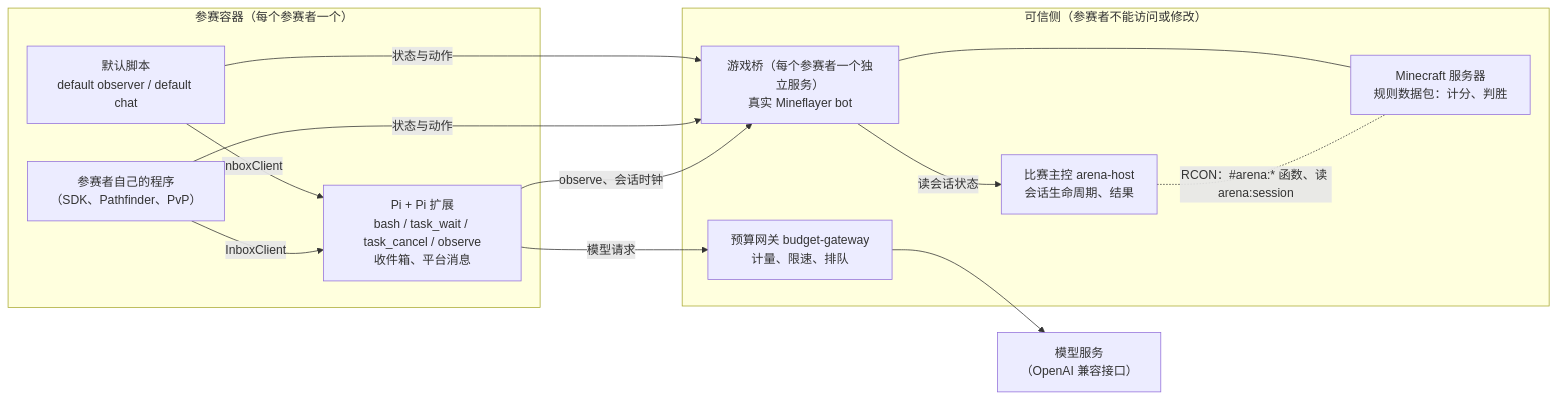
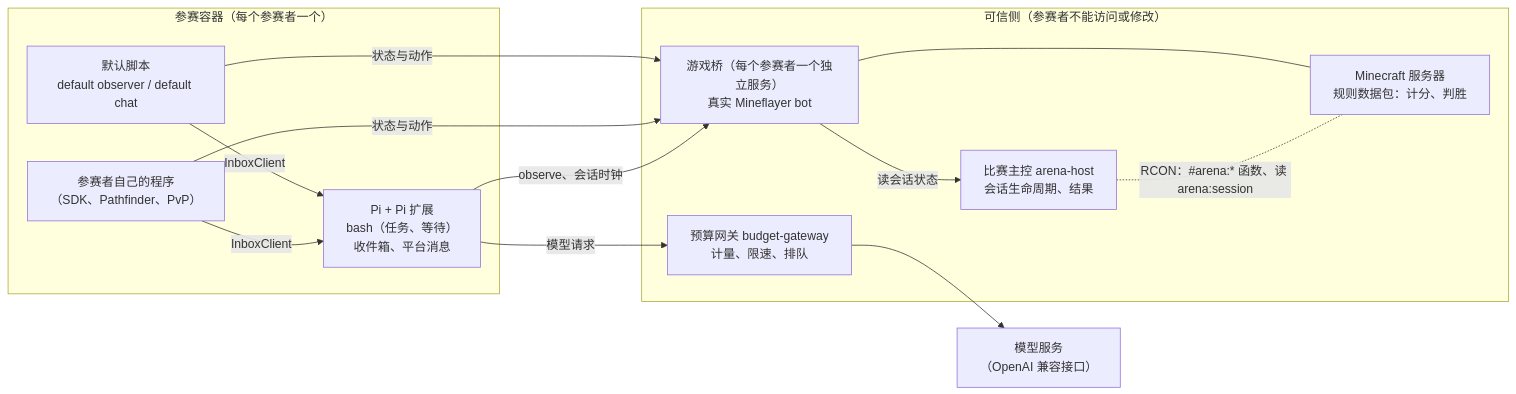
One commit to ueagohbbcd/craft-arena changed the diagram in README.md. Above: the diagram before and after it, drawn with Mermaid. The commit also changed other lines of this file and 23 other files, not shown here.

````diff
--- a/README.md
+++ b/README.md
@@ -7,25 +7,25 @@
 ```mermaid
 flowchart LR
   subgraph trusted["可信侧（参赛者不能访问或修改）"]
     host["比赛主控 arena-host<br/>会话生命周期、结果"]
     bridge["游戏桥（每个参赛者一个独立服务）<br/>真实 Mineflayer bot"]
     gateway["预算网关 budget-gateway<br/>计量、限速、排队"]
     mc["Minecraft 服务器<br/>规则数据包：计分、判胜"]
     bridge -- "读会话状态" --> host
     bridge --- mc
     host -. "RCON：#arena:* 函数、读 arena:session" .- mc
   end
   subgraph box["参赛容器（每个参赛者一个）"]
-    pi["Pi + Pi 扩展<br/>bash / task_wait / task_cancel / observe<br/>收件箱、平台消息"]
+    pi["Pi + Pi 扩展<br/>bash（任务、等待）<br/>收件箱、平台消息"]
     scripts["默认脚本<br/>default observer / default chat"]
     progs["参赛者自己的程序<br/>（SDK、Pathfinder、PvP）"]
   end
   upstream["模型服务<br/>（OpenAI 兼容接口）"]
   scripts -- "状态与动作" --> bridge
   progs -- "状态与动作" --> bridge
   pi -- "observe、会话时钟" --> bridge
   pi -- "模型请求" --> gateway
   gateway --> upstream
   scripts -- "InboxClient" --> pi
   progs -- "InboxClient" --> pi
 ```
````
